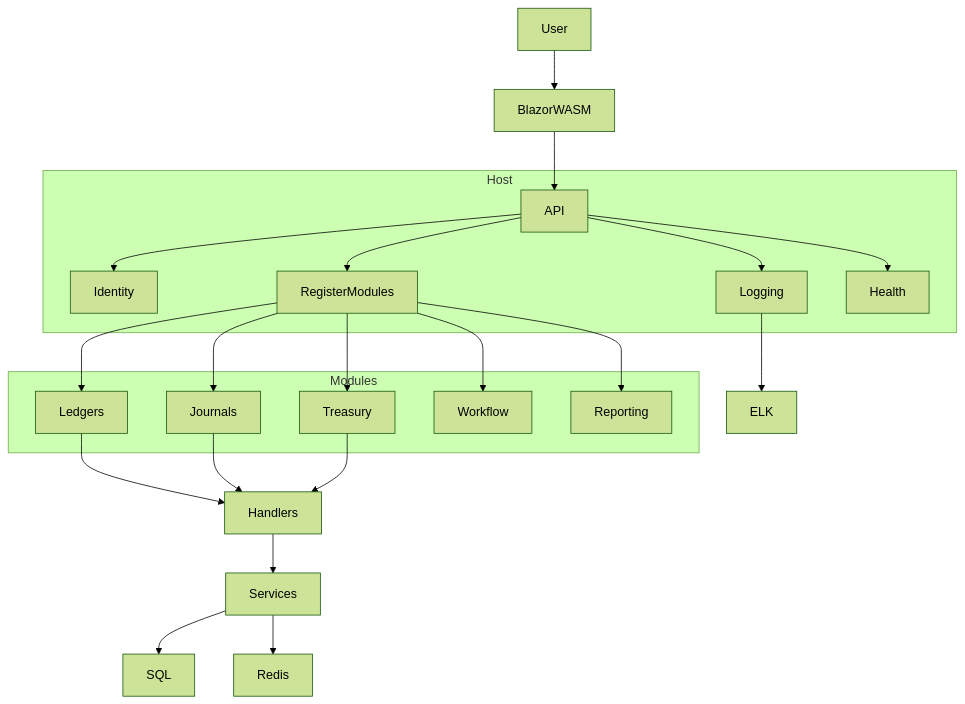
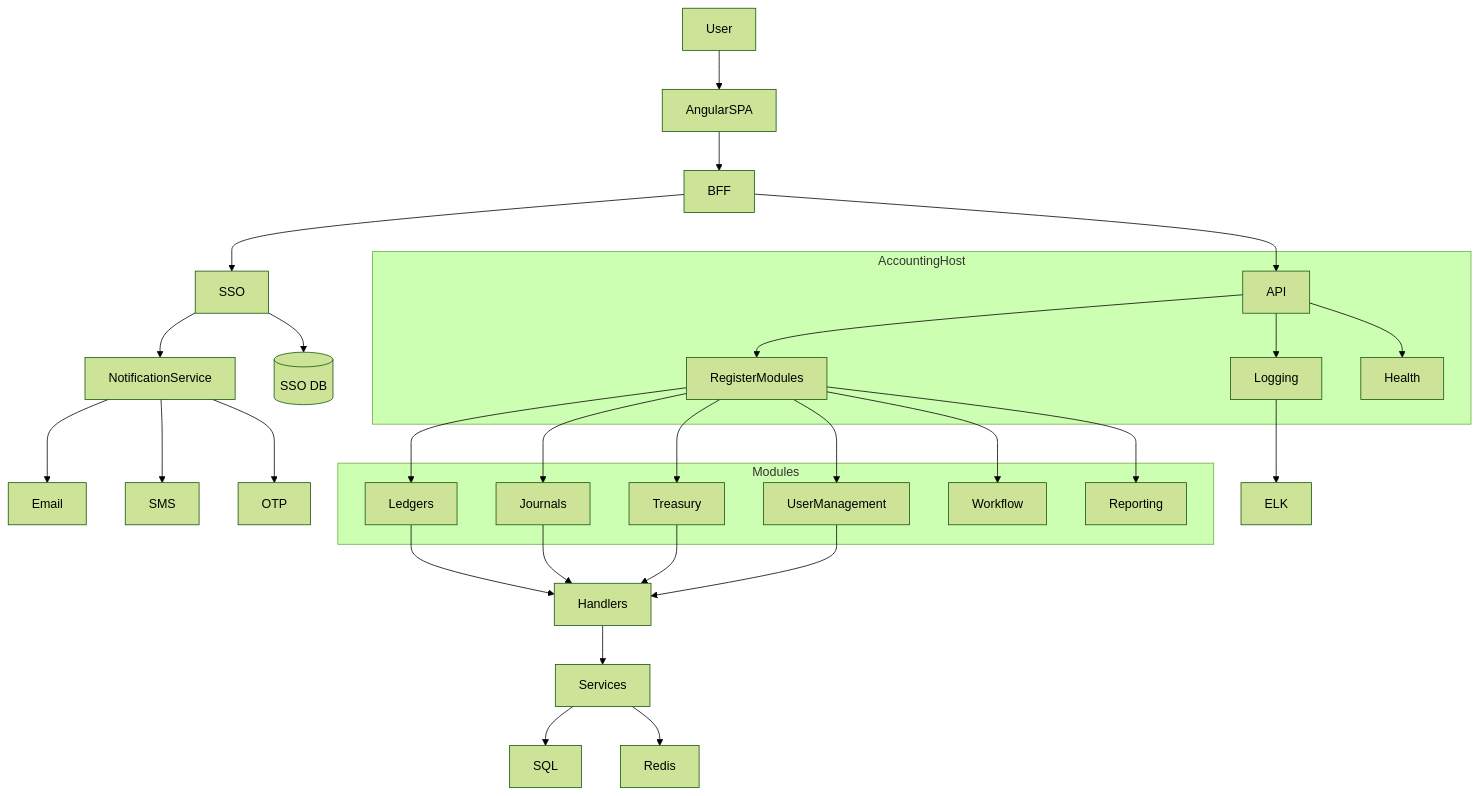
Before and after one commit to TavallaGh/FinanceManagement: the diagram in docs/architecture/architecture-v0-ai.md, drawn with Mermaid (forest theme). The commit also changed other lines of this file and 20 other files, not shown here.

Commit message:
[AC-97] - Integrate Forget password Flow With Notification System

````diff
--- a/docs/architecture/architecture-v0-ai.md
+++ b/docs/architecture/architecture-v0-ai.md
@@ -53,30 +54,40 @@
 ```mermaid
 flowchart TB
-  User --> BlazorWASM
-  BlazorWASM --> API
+  User --> AngularSPA
+  AngularSPA --> BFF
+  BFF --> SSO
+  BFF --> API
 
-  subgraph Host
-    API --> Identity
+  SSO --> NotificationService
+  SSO --> SSODb[(SSO DB)]
+
+  NotificationService --> Email
+  NotificationService --> SMS
+  NotificationService --> OTP
+
+  subgraph AccountingHost
     API --> RegisterModules
     API --> Logging
     API --> Health
   end
 
   subgraph Modules
     RegisterModules --> Ledgers
     RegisterModules --> Journals
     RegisterModules --> Treasury
+    RegisterModules --> UserManagement
     RegisterModules --> Workflow
     RegisterModules --> Reporting
   end
 
   Ledgers --> Handlers
   Journals --> Handlers
   Treasury --> Handlers
+  UserManagement --> Handlers
 
   Handlers --> Services
   Services --> SQL
   Services --> Redis
 
   Logging --> ELK
 ```
````
